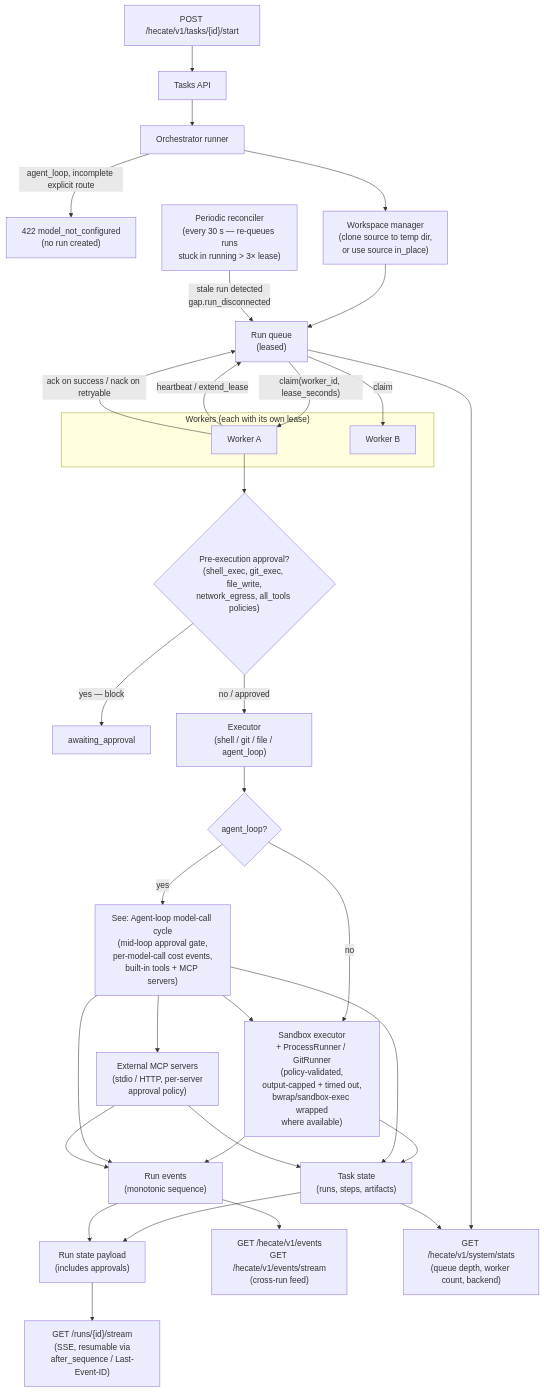
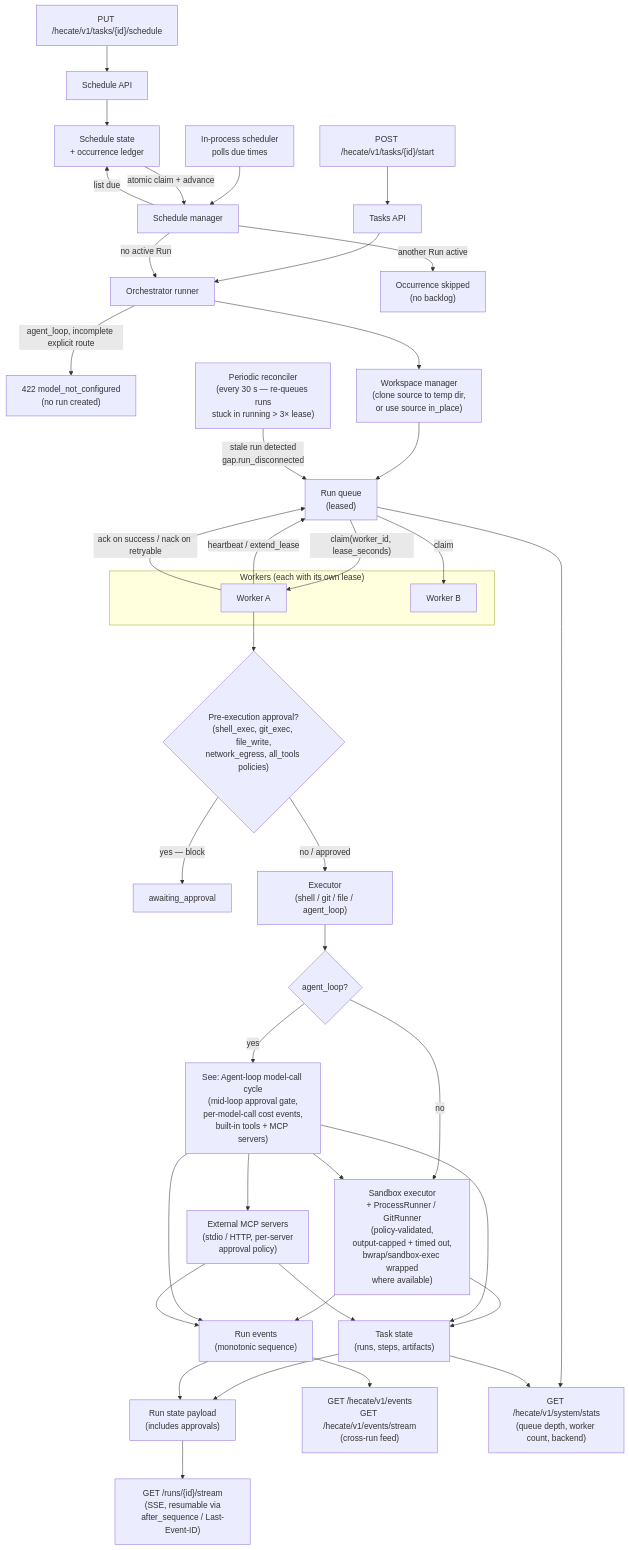
The fifth of 6 diagrams in docs/contributor/architecture.md (hecatehq/hecate), drawn with Mermaid before and after one commit. The commit also changed other lines of this file and 91 other files, not shown here.

````diff
--- a/docs/contributor/architecture.md
+++ b/docs/contributor/architecture.md
@@ -332,47 +335,55 @@
 ```mermaid
 flowchart TD
     Caller["POST /hecate/v1/tasks/{id}/start"] --> TasksApi["Tasks API"]
     TasksApi --> Runner["Orchestrator runner"]
+    ScheduleEditor["PUT /hecate/v1/tasks/{id}/schedule"] --> ScheduleApi["Schedule API"]
+    ScheduleApi --> ScheduleState["Schedule state<br/>+ occurrence ledger"]
+    Clock["In-process scheduler<br/>polls due times"] --> Scheduler["Schedule manager"]
+    Scheduler -->|"list due"| ScheduleState
+    ScheduleState -->|"atomic claim + advance"| Scheduler
+    Scheduler -->|"no active Run"| Runner
+    Scheduler -->|"another Run active"| Skipped["Occurrence skipped<br/>(no backlog)"]
+
     Runner -->|"agent_loop, incomplete explicit route"| ErrModel["422 model_not_configured<br/>(no run created)"]
     Runner --> Workspace["Workspace manager<br/>(clone source to temp dir,<br/>or use source in_place)"]
     Workspace --> Queue["Run queue<br/>(leased)"]
 
     Reconciler["Periodic reconciler<br/>(every 30 s — re-queues runs<br/>stuck in running > 3× lease)"]
     Reconciler -->|"stale run detected<br/>gap.run_disconnected"| Queue
 
     subgraph Workers["Workers (each with its own lease)"]
         WorkerA["Worker A"]
         WorkerB["Worker B"]
     end
 
     Queue -->|"claim(worker_id, lease_seconds)"| WorkerA
     Queue -->|"claim"| WorkerB
     WorkerA -->|"heartbeat / extend_lease"| Queue
     WorkerA -->|"ack on success / nack on retryable"| Queue
 
     WorkerA --> PreApproval{"Pre-execution approval?<br/>(shell_exec, git_exec, file_write,<br/>network_egress, all_tools policies)"}
     PreApproval -->|"yes — block"| Pending["awaiting_approval"]
     PreApproval -->|"no / approved"| Executor
 
     Executor["Executor<br/>(shell / git / file / agent_loop)"]
     Executor --> AgentLoop{"agent_loop?"}
     AgentLoop -->|"yes"| LoopRef["See: Agent-loop model-call cycle<br/>(mid-loop approval gate,<br/>per-model-call cost events,<br/>built-in tools + MCP servers)"]
     AgentLoop -->|"no"| Sandbox["Sandbox executor<br/>+ ProcessRunner / GitRunner<br/>(policy-validated,<br/>output-capped + timed out,<br/>bwrap/sandbox-exec wrapped<br/>where available)"]
     LoopRef --> Sandbox
     LoopRef --> McpServers["External MCP servers<br/>(stdio / HTTP, per-server<br/>approval policy)"]
 
     Sandbox --> State["Task state<br/>(runs, steps, artifacts)"]
     LoopRef --> State
     McpServers --> State
     Sandbox --> RunEvents["Run events<br/>(monotonic sequence)"]
     LoopRef --> RunEvents
     McpServers --> RunEvents
 
     State --> Snapshot["Run state payload<br/>(includes approvals)"]
     RunEvents --> Snapshot
     Snapshot --> Stream["GET /runs/{id}/stream<br/>(SSE, resumable via<br/>after_sequence / Last-Event-ID)"]
     RunEvents --> PublicEvents["GET /hecate/v1/events<br/>GET /hecate/v1/events/stream<br/>(cross-run feed)"]
 
     Queue --> Stats["GET /hecate/v1/system/stats<br/>(queue depth, worker count, backend)"]
     State --> Stats
 ```
````
